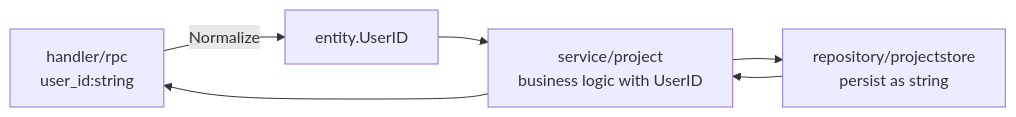
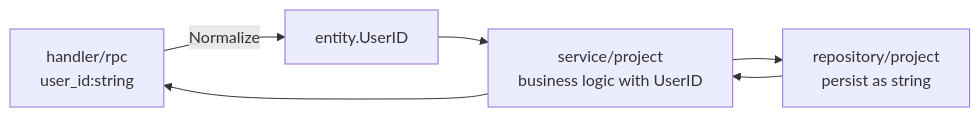
Before and after one commit to Keyhole-Koro/InsightifyCore: the second of 2 diagrams in docs/gateway_entities.md, drawn with Mermaid. The commit also changed other lines of this file and 11 other files, not shown here.

Commit message:
feat: refactor project repository structure and implement Postgres and file-based stores

````diff
--- a/docs/gateway_entities.md
+++ b/docs/gateway_entities.md
@@ -46,8 +46,8 @@
 ```mermaid
 flowchart LR
   RPC[handler/rpc\nuser_id:string] -->|Normalize| E[entity.UserID]
   E --> S[service/project\nbusiness logic with UserID]
-  S --> R[repository/projectstore\npersist as string]
+  S --> R[repository/project\npersist as string]
   R --> S
   S --> RPC
 ```
````
